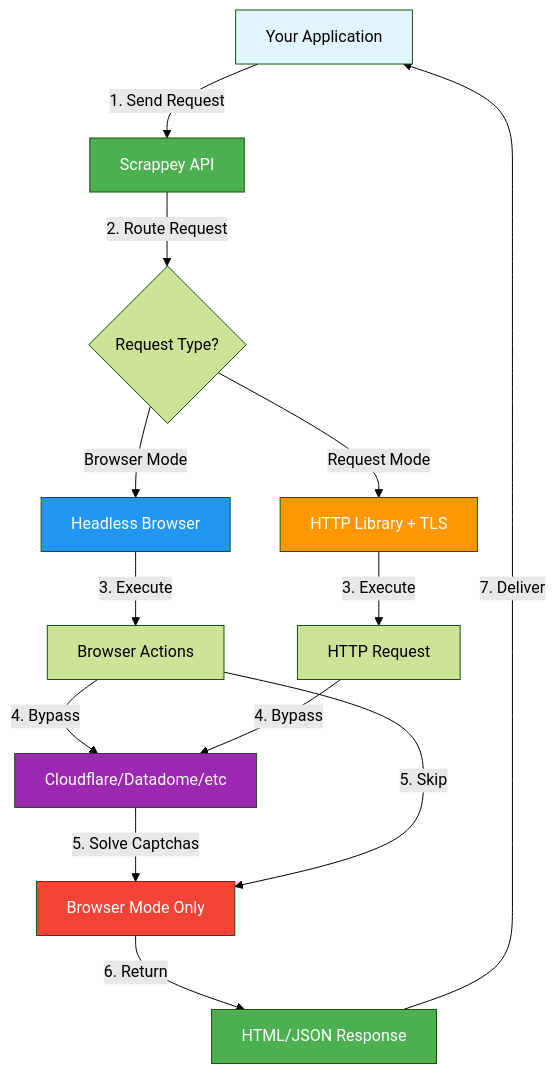
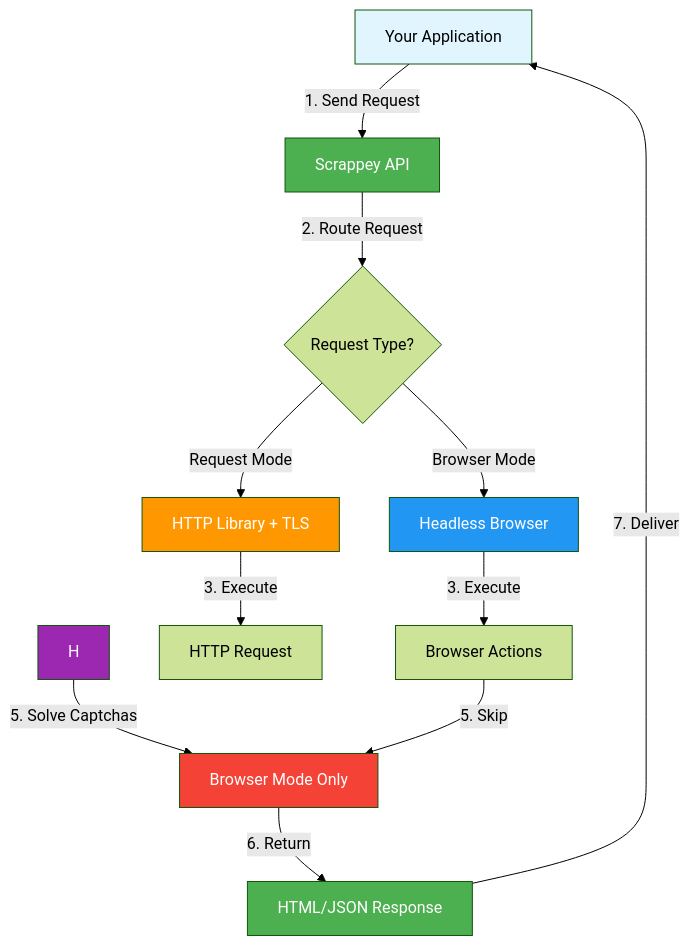
The diagram in README.md (pim97/scrappey-wrapper-python), drawn with Mermaid (forest theme) before and after one commit. The commit also changed other lines of this file, not shown here.

````diff
--- a/README.md
+++ b/README.md
@@ -42,23 +39,21 @@
 ```mermaid
 graph TB
     A[Your Application] -->|1. Send Request| B[Scrappey API]
     B -->|2. Route Request| C{Request Type?}
     C -->|Browser Mode| D[Headless Browser]
     C -->|Request Mode| E[HTTP Library + TLS]
     D -->|3. Execute| F[Browser Actions]
     E -->|3. Execute| G[HTTP Request]
-    F -->|4. Bypass| H[Cloudflare/Datadome/etc]
-    G -->|4. Bypass| H
     H -->|5. Solve Captchas| I[Browser Mode Only]
     F -->|5. Skip| I
     I -->|6. Return| J[HTML/JSON Response]
     J -->|7. Deliver| A
     
     style A fill:#e1f5ff
     style B fill:#4CAF50,color:#fff
     style D fill:#2196F3,color:#fff
     style E fill:#FF9800,color:#fff
     style H fill:#9C27B0,color:#fff
     style I fill:#F44336,color:#fff
     style J fill:#4CAF50,color:#fff
 ```
````
